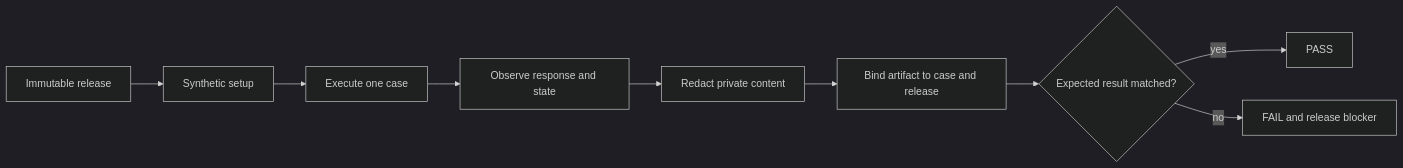
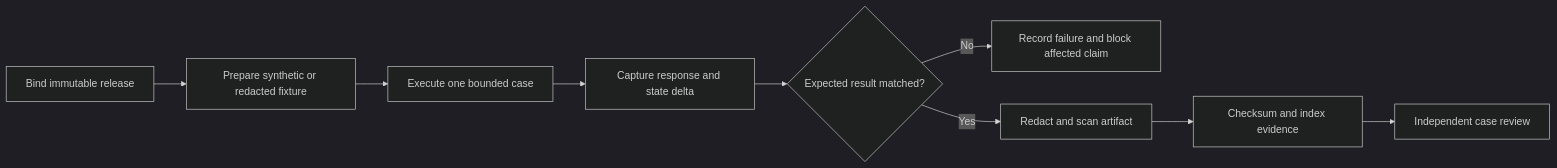
One commit to ZoeMohamed/Monara changed the diagram in docs/tech/execution-evidence.md. Above: the diagram before and after it, drawn with Mermaid (dark theme). The commit also changed other lines of this file and 10 other files, not shown here.

````diff
--- a/docs/tech/execution-evidence.md
+++ b/docs/tech/execution-evidence.md
@@ -41,11 +105,11 @@
 ```mermaid
 flowchart LR
-  Release[Immutable release] --> Setup[Synthetic setup]
-  Setup --> Execute[Execute one case]
-  Execute --> Observe[Observe response and state]
-  Observe --> Redact[Redact private content]
-  Redact --> Bind[Bind artifact to case and release]
-  Bind --> Review{Expected result matched?}
-  Review -- yes --> Pass[PASS]
-  Review -- no --> Fail[FAIL and release blocker]
+  Manifest[Bind immutable release] --> Prepare[Prepare synthetic or redacted fixture]
+  Prepare --> Execute[Execute one bounded case]
+  Execute --> Observe[Capture response and state delta]
+  Observe --> Reconcile{Expected result matched?}
+  Reconcile -- No --> Block[Record failure and block affected claim]
+  Reconcile -- Yes --> Redact[Redact and scan artifact]
+  Redact --> Hash[Checksum and index evidence]
+  Hash --> Review[Independent case review]
 ```
````
